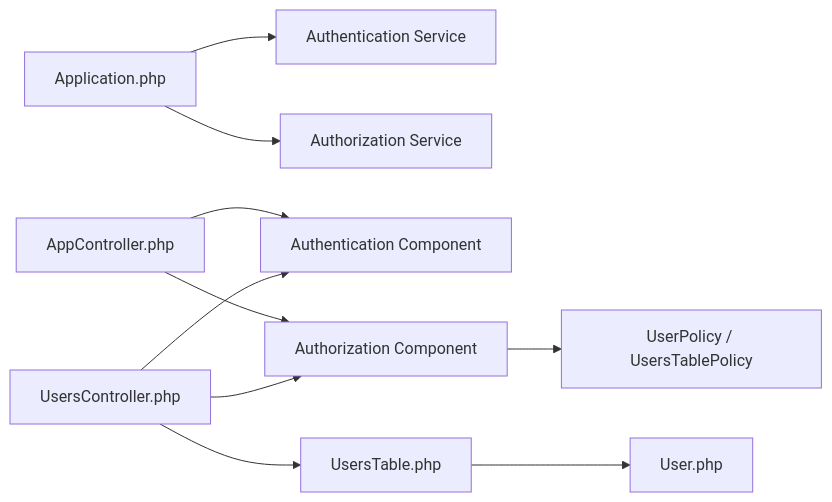
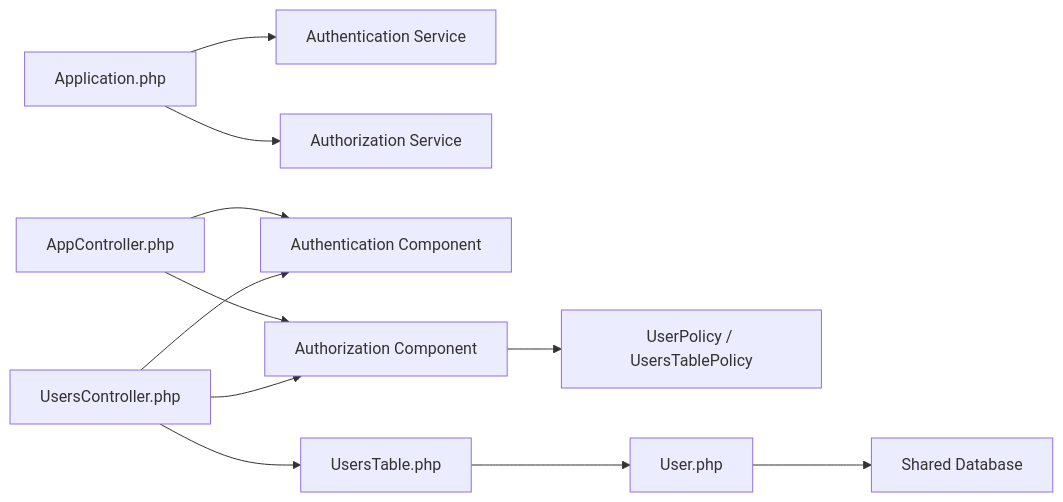
The seventh of 7 diagrams in .qoder/repowiki/en/content/User Management System/User Management System.md (luiseduacosta/tcc4), drawn with Mermaid before and after one commit. The commit also changed other lines of this file and 101 other files, not shown here.

````diff
--- a/.qoder/repowiki/en/content/User Management System/User Management System.md
+++ b/.qoder/repowiki/en/content/User Management System/User Management System.md
@@ -346,12 +388,13 @@
 ```mermaid
 graph LR
 App["Application.php"] --> AuthSvc["Authentication Service"]
 App --> AuthZSvc["Authorization Service"]
 ACtrl["AppController.php"] --> AuthComp["Authentication Component"]
 ACtrl --> AuthZComp["Authorization Component"]
 UCtrl["UsersController.php"] --> AuthComp
 UCtrl --> AuthZComp
 AuthZComp --> Policies["UserPolicy / UsersTablePolicy"]
 UCtrl --> UTable["UsersTable.php"]
 UTable --> UEntity["User.php"]
+UEntity --> SharedDB["Shared Database"]
 ```
````
